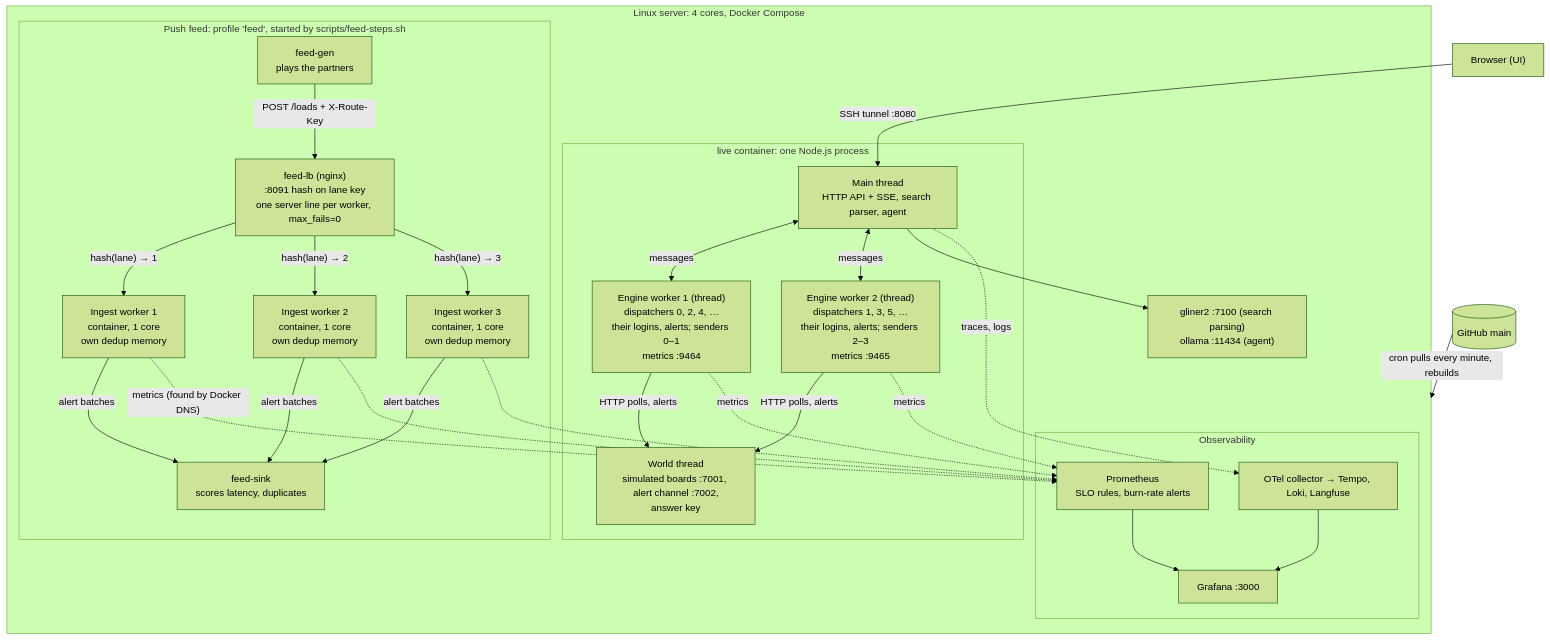
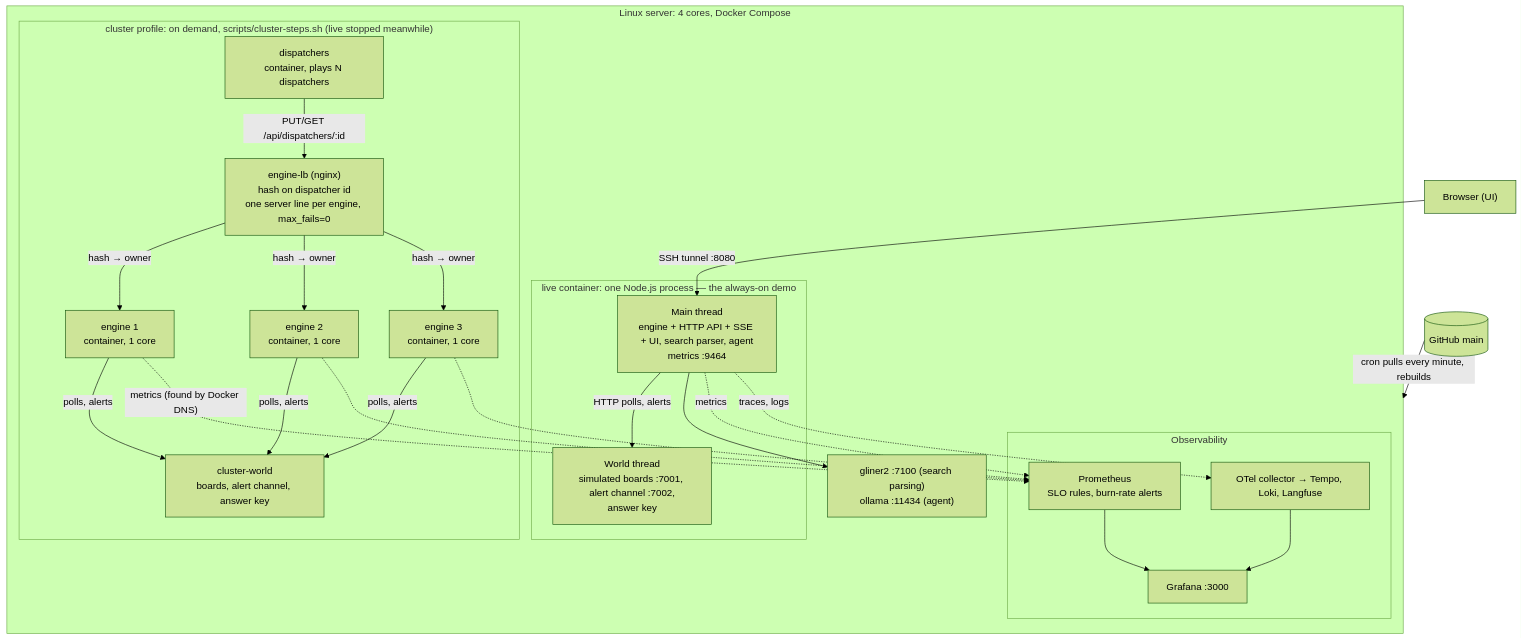
One commit to omardmv/load-radar changed the second of 2 diagrams in DESIGN.md. Above: the diagram before and after it, drawn with Mermaid (forest theme). The commit also changed other lines of this file and 6 other files, not shown here.

First line of the commit message:
docs: the engine cluster behind nginx is how the engine scales out; push feed and thread workers removed

````diff
--- a/DESIGN.md
+++ b/DESIGN.md
@@ -91,42 +82,36 @@
 ```mermaid
 flowchart TB
   BROWSER["Browser (UI)"] -->|SSH tunnel :8080| MAIN
   GH[(GitHub main)] -->|cron pulls every minute, rebuilds| SERVER
 
   subgraph SERVER["Linux server: 4 cores, Docker Compose"]
-    subgraph LIVE["live container: one Node.js process"]
-      MAIN["Main thread<br/>HTTP API + SSE, search parser, agent"]
-      EW1["Engine worker 1 (thread)<br/>dispatchers 0, 2, 4, …<br/>their logins, alerts; senders 0–1<br/>metrics :9464"]
-      EW2["Engine worker 2 (thread)<br/>dispatchers 1, 3, 5, …<br/>their logins, alerts; senders 2–3<br/>metrics :9465"]
+    subgraph LIVE["live container: one Node.js process — the always-on demo"]
+      MAIN["Main thread<br/>engine + HTTP API + SSE + UI, search parser, agent<br/>metrics :9464"]
       WORLD["World thread<br/>simulated boards :7001, alert channel :7002,<br/>answer key"]
-      MAIN <-->|messages| EW1
-      MAIN <-->|messages| EW2
-      EW1 -->|HTTP polls, alerts| WORLD
-      EW2 -->|HTTP polls, alerts| WORLD
+      MAIN -->|HTTP polls, alerts| WORLD
     end
-    subgraph FEED["Push feed: profile 'feed', started by scripts/feed-steps.sh"]
-      GEN["feed-gen<br/>plays the partners"] -->|"POST /loads + X-Route-Key"| LB["feed-lb (nginx)<br/>:8091 hash on lane key<br/>one server line per worker, max_fails=0"]
-      LB -->|"hash(lane) → 1"| ING1["Ingest worker 1<br/>container, 1 core<br/>own dedup memory"]
-      LB -->|"hash(lane) → 2"| ING2["Ingest worker 2<br/>container, 1 core<br/>own dedup memory"]
-      LB -->|"hash(lane) → 3"| ING3["Ingest worker 3<br/>container, 1 core<br/>own dedup memory"]
-      ING1 -->|alert batches| SINK["feed-sink<br/>scores latency, duplicates"]
-      ING2 -->|alert batches| SINK
-      ING3 -->|alert batches| SINK
+    subgraph CLUSTER["cluster profile: on demand, scripts/cluster-steps.sh (live stopped meanwhile)"]
+      DISP["dispatchers<br/>container, plays N dispatchers"] -->|"PUT/GET /api/dispatchers/:id"| LB["engine-lb (nginx)<br/>hash on dispatcher id<br/>one server line per engine, max_fails=0"]
+      LB -->|"hash → owner"| E1["engine 1<br/>container, 1 core"]
+      LB -->|"hash → owner"| E2["engine 2<br/>container, 1 core"]
+      LB -->|"hash → owner"| E3["engine 3<br/>container, 1 core"]
+      E1 -->|polls, alerts| CWORLD["cluster-world<br/>boards, alert channel, answer key"]
+      E2 -->|polls, alerts| CWORLD
+      E3 -->|polls, alerts| CWORLD
     end
     MODELS["gliner2 :7100 (search parsing)<br/>ollama :11434 (agent)"]
     subgraph OBS["Observability"]
       PROM["Prometheus<br/>SLO rules, burn-rate alerts"]
       OTEL["OTel collector → Tempo, Loki, Langfuse"]
       GRAF["Grafana :3000"]
     end
     MAIN --> MODELS
-    EW1 -. metrics .-> PROM
-    EW2 -. metrics .-> PROM
-    ING1 -. "metrics (found by Docker DNS)" .-> PROM
-    ING2 -.-> PROM
-    ING3 -.-> PROM
+    MAIN -. metrics .-> PROM
+    E1 -. "metrics (found by Docker DNS)" .-> PROM
+    E2 -.-> PROM
+    E3 -.-> PROM
     MAIN -. traces, logs .-> OTEL
     PROM --> GRAF
     OTEL --> GRAF
   end
 ```
````
